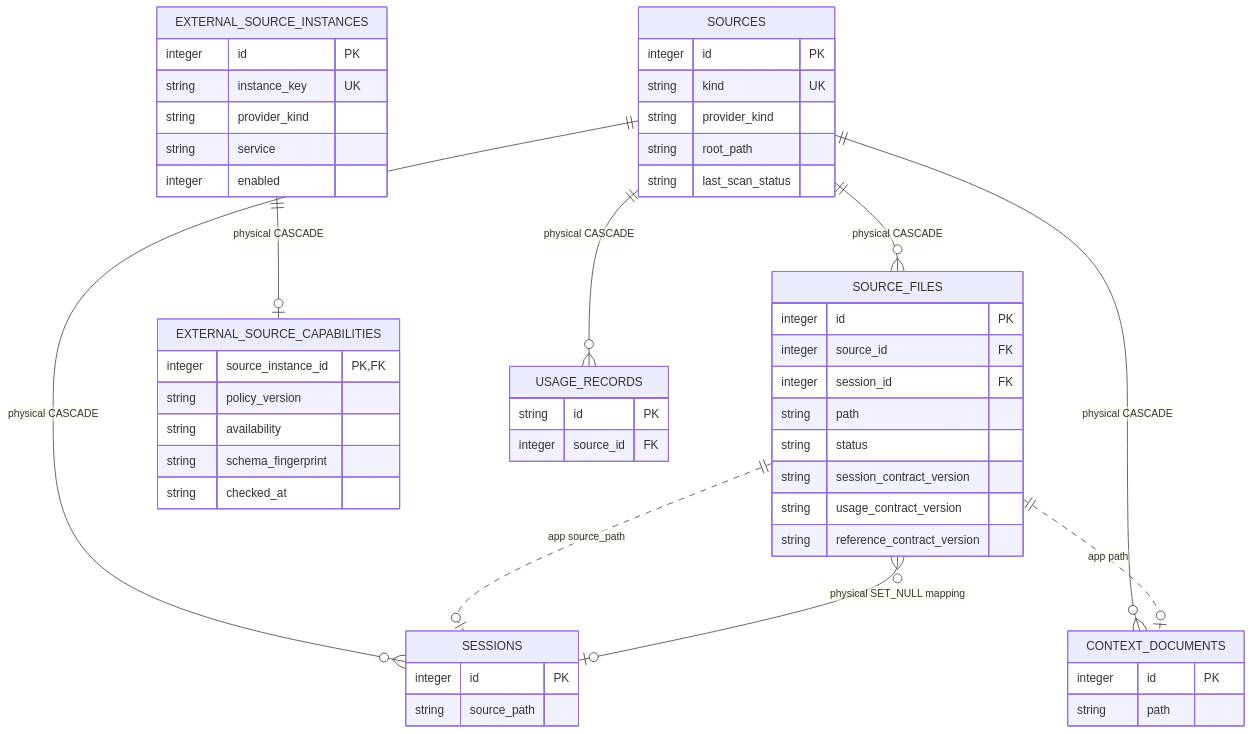
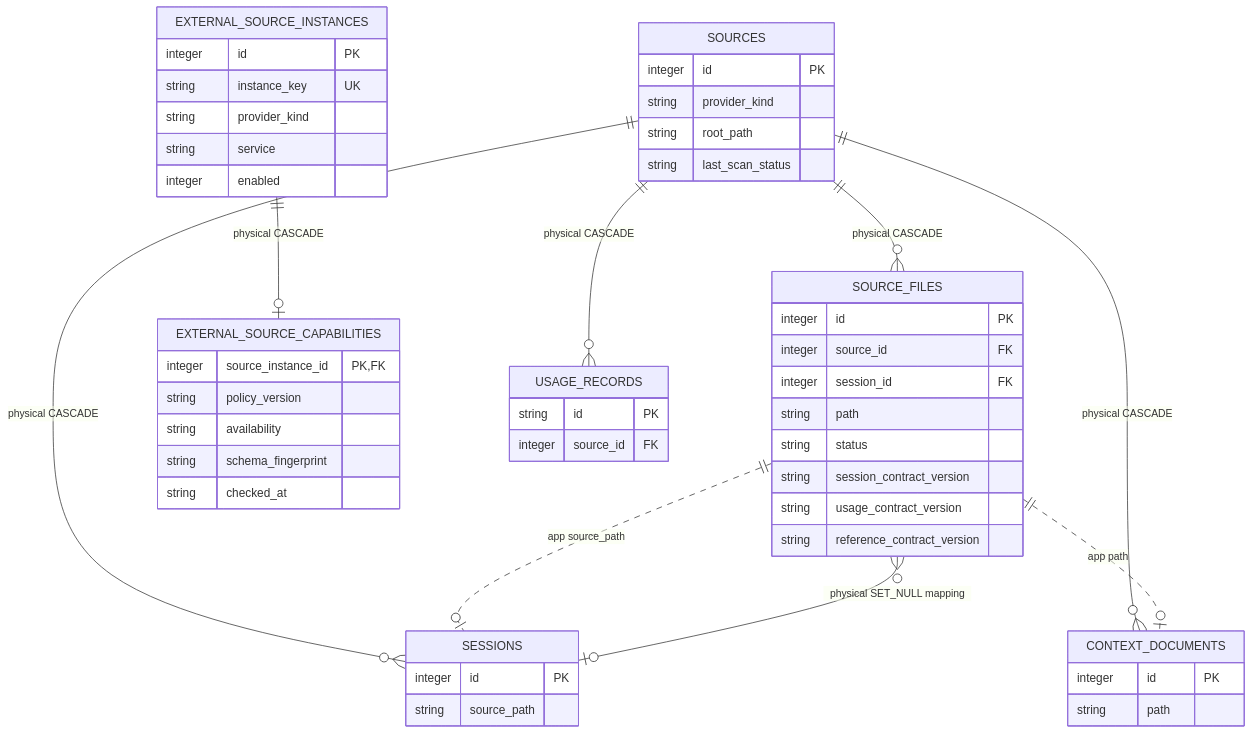
Before and after one commit to chochita0311/local-brain: the diagram in docs/policies/project/data-model/source-registry-and-scans.md, drawn with Mermaid. The commit also changed other lines of this file and 263 other files, not shown here.

````diff
--- a/docs/policies/project/data-model/source-registry-and-scans.md
+++ b/docs/policies/project/data-model/source-registry-and-scans.md
@@ -13,46 +13,45 @@
 ```mermaid
 erDiagram
     SOURCES {
         integer id PK
-        string kind UK
         string provider_kind
         string root_path
         string last_scan_status
     }
     SOURCE_FILES {
         integer id PK
         integer source_id FK
         integer session_id FK
         string path
         string status
         string session_contract_version
         string usage_contract_version
         string reference_contract_version
     }
     EXTERNAL_SOURCE_INSTANCES {
         integer id PK
         string instance_key UK
         string provider_kind
         string service
         integer enabled
     }
     EXTERNAL_SOURCE_CAPABILITIES {
         integer source_instance_id PK, FK
         string policy_version
         string availability
         string schema_fingerprint
         string checked_at
     }
     SESSIONS { integer id PK string source_path }
     USAGE_RECORDS { string id PK integer source_id FK }
     CONTEXT_DOCUMENTS { integer id PK string path }
 
     SOURCES ||--o{ SOURCE_FILES : "physical CASCADE"
     SOURCES ||--o{ SESSIONS : "physical CASCADE"
     SOURCES ||--o{ USAGE_RECORDS : "physical CASCADE"
     SOURCES ||--o{ CONTEXT_DOCUMENTS : "physical CASCADE"
     EXTERNAL_SOURCE_INSTANCES ||--o| EXTERNAL_SOURCE_CAPABILITIES : "physical CASCADE"
     SESSIONS o|--o{ SOURCE_FILES : "physical SET_NULL mapping"
     SOURCE_FILES ||..o| SESSIONS : "app source_path"
     SOURCE_FILES ||..o| CONTEXT_DOCUMENTS : "app path"
 ```
````
